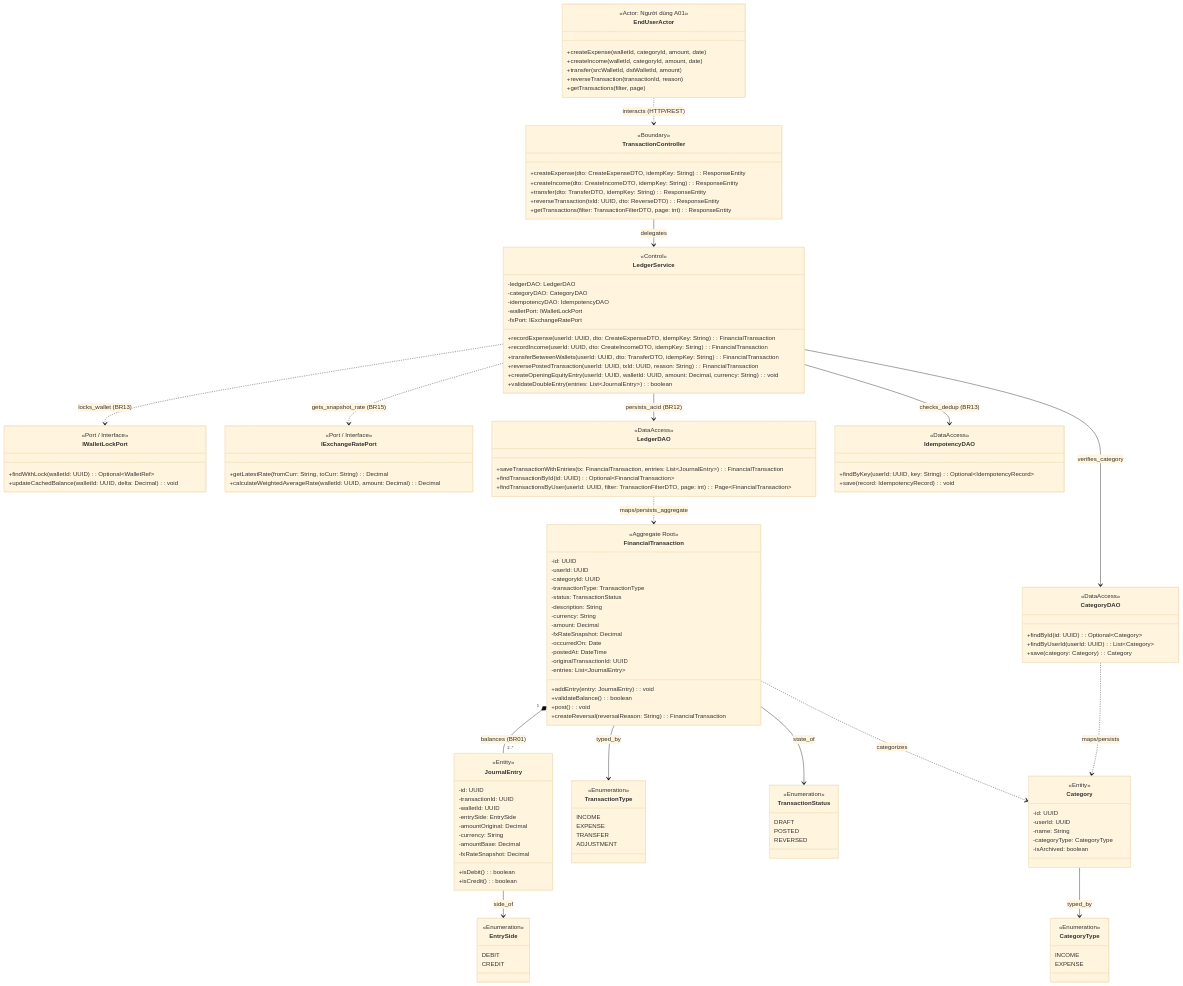
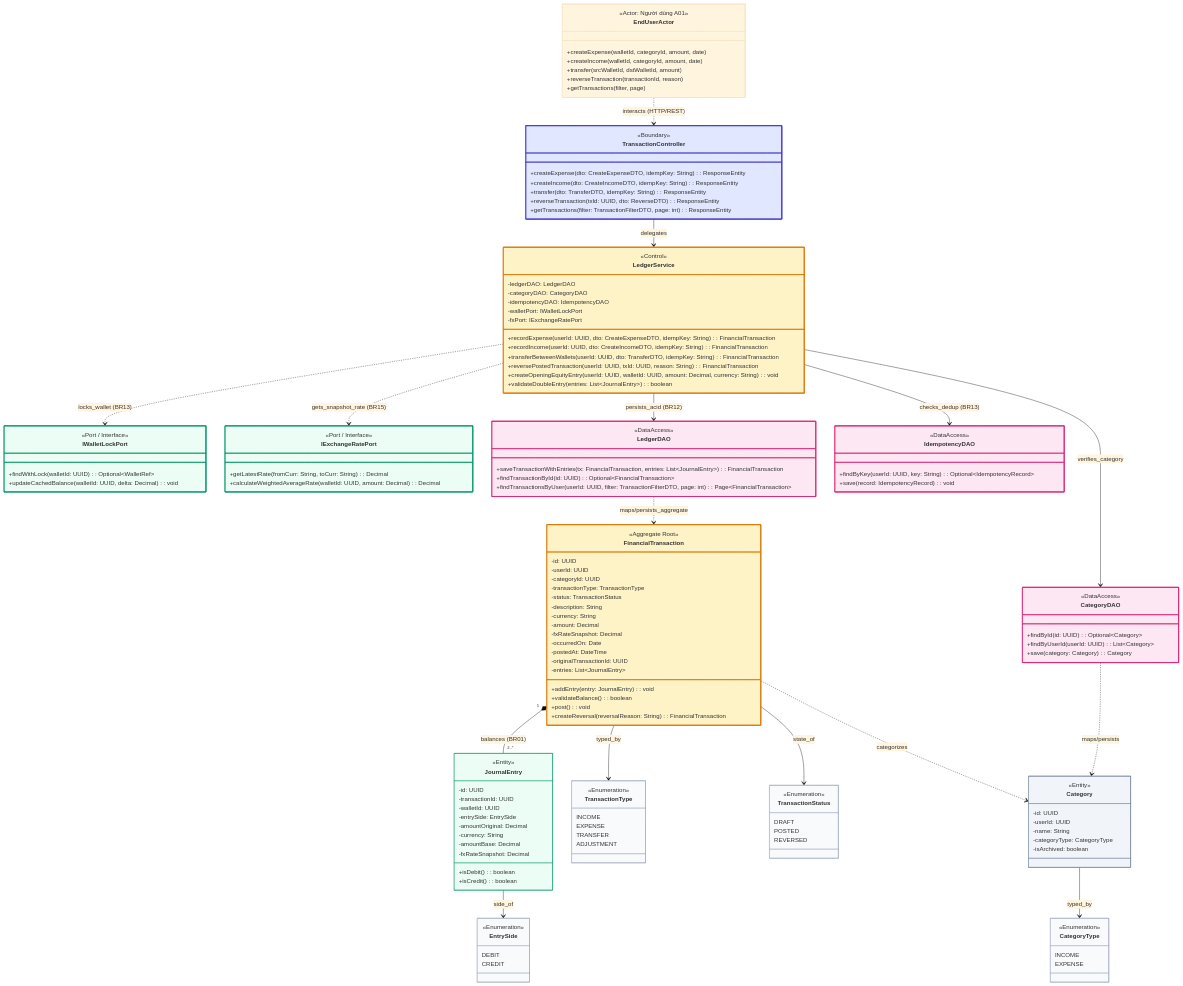
Before and after one commit to huytothevoz/SE---Microfinance-Personal-Wealth-Expense-Tracker: the diagram in docs/02_elaboration/uml_modeling/class_diagram/sources/cd03_double_entry_ledger.mmd, drawn with Mermaid (base theme). The commit also changed 9 other files, not shown here.

Commit message:
docs(uml): apply uniform BCE+D color palette and styles to CD01-CD05

```diff
--- a/docs/02_elaboration/uml_modeling/class_diagram/sources/cd03_double_entry_ledger.mmd
+++ b/docs/02_elaboration/uml_modeling/class_diagram/sources/cd03_double_entry_ledger.mmd
@@ -1,179 +1,198 @@
 classDiagram
     direction TB
 
     %% ==========================================
     %% ACTORS (Tác nhân tương tác)
     %% ==========================================
     class EndUserActor {
         <<Actor: Người dùng A01>>
         +createExpense(walletId, categoryId, amount, date)
         +createIncome(walletId, categoryId, amount, date)
         +transfer(srcWalletId, dstWalletId, amount)
         +reverseTransaction(transactionId, reason)
         +getTransactions(filter, page)
     }
 
     %% ==========================================
     %% BOUNDARY LAYER (Controllers)
     %% ==========================================
     class TransactionController {
         <<Boundary>>
         +createExpense(dto: CreateExpenseDTO, idempKey: String): ResponseEntity
         +createIncome(dto: CreateIncomeDTO, idempKey: String): ResponseEntity
         +transfer(dto: TransferDTO, idempKey: String): ResponseEntity
         +reverseTransaction(txId: UUID, dto: ReverseDTO): ResponseEntity
         +getTransactions(filter: TransactionFilterDTO, page: int): ResponseEntity
     }
 
     %% ==========================================
     %% CONTROL LAYER (Services & Ports)
     %% ==========================================
     class LedgerService {
         <<Control>>
         -ledgerDAO: LedgerDAO
         -categoryDAO: CategoryDAO
         -idempotencyDAO: IdempotencyDAO
         -walletPort: IWalletLockPort
         -fxPort: IExchangeRatePort
         +recordExpense(userId: UUID, dto: CreateExpenseDTO, idempKey: String): FinancialTransaction
         +recordIncome(userId: UUID, dto: CreateIncomeDTO, idempKey: String): FinancialTransaction
         +transferBetweenWallets(userId: UUID, dto: TransferDTO, idempKey: String): FinancialTransaction
         +reversePostedTransaction(userId: UUID, txId: UUID, reason: String): FinancialTransaction
         +createOpeningEquityEntry(userId: UUID, walletId: UUID, amount: Decimal, currency: String): void
         +validateDoubleEntry(entries: List~JournalEntry~): boolean
     }
 
     class IWalletLockPort {
         <<Port / Interface>>
         +findWithLock(walletId: UUID): Optional~WalletRef~
         +updateCachedBalance(walletId: UUID, delta: Decimal): void
     }
 
     class IExchangeRatePort {
         <<Port / Interface>>
         +getLatestRate(fromCurr: String, toCurr: String): Decimal
         +calculateWeightedAverageRate(walletId: UUID, amount: Decimal): Decimal
     }
 
     %% ==========================================
     %% DATA ACCESS LAYER (DAOs)
     %% ==========================================
     class LedgerDAO {
         <<DataAccess>>
         +saveTransactionWithEntries(tx: FinancialTransaction, entries: List~JournalEntry~): FinancialTransaction
         +findTransactionById(id: UUID): Optional~FinancialTransaction~
         +findTransactionsByUser(userId: UUID, filter: TransactionFilterDTO, page: int): Page~FinancialTransaction~
     }
 
     class CategoryDAO {
         <<DataAccess>>
         +findById(id: UUID): Optional~Category~
         +findByUserId(userId: UUID): List~Category~
         +save(category: Category): Category
     }
 
     class IdempotencyDAO {
         <<DataAccess>>
         +findByKey(userId: UUID, key: String): Optional~IdempotencyRecord~
         +save(record: IdempotencyRecord): void
     }
 
     %% ==========================================
     %% DOMAIN ENTITIES & ENUMS
     %% ==========================================
     class Category {
         <<Entity>>
         -id: UUID
         -userId: UUID
         -name: String
         -categoryType: CategoryType
         -isArchived: boolean
     }
 
     class CategoryType {
         <<Enumeration>>
         INCOME
         EXPENSE
     }
 
     class FinancialTransaction {
         <<Aggregate Root>>
         -id: UUID
         -userId: UUID
         -categoryId: UUID
         -transactionType: TransactionType
         -status: TransactionStatus
         -description: String
         -currency: String
         -amount: Decimal
         -fxRateSnapshot: Decimal
         -occurredOn: Date
         -postedAt: DateTime
         -originalTransactionId: UUID
         -entries: List~JournalEntry~
         +addEntry(entry: JournalEntry): void
         +validateBalance(): boolean
         +post(): void
         +createReversal(reversalReason: String): FinancialTransaction
     }
 
     class TransactionType {
         <<Enumeration>>
         INCOME
         EXPENSE
         TRANSFER
         ADJUSTMENT
     }
 
     class TransactionStatus {
         <<Enumeration>>
         DRAFT
         POSTED
         REVERSED
     }
 
     class JournalEntry {
         <<Entity>>
         -id: UUID
         -transactionId: UUID
         -walletId: UUID
         -entrySide: EntrySide
         -amountOriginal: Decimal
         -currency: String
         -amountBase: Decimal
         -fxRateSnapshot: Decimal
         +isDebit(): boolean
         +isCredit(): boolean
     }
 
     class EntrySide {
         <<Enumeration>>
         DEBIT
         CREDIT
     }
 
     %% ==========================================
     %% RELATIONSHIPS & INTERACTIONS
     %% ==========================================
     %% Central Spine: Actor -> Controller -> Service -> DAO -> Aggregate Root -> Child
     EndUserActor ..> TransactionController : interacts (HTTP/REST)
     TransactionController --> LedgerService : delegates
     LedgerService --> LedgerDAO : persists_acid (BR12)
     LedgerDAO ..> FinancialTransaction : maps/persists_aggregate
     FinancialTransaction "1" *-- "2..*" JournalEntry : balances (BR01)
     JournalEntry --> EntrySide : side_of
 
     %% Left Ports (Wallet & FX)
     LedgerService ..> IWalletLockPort : locks_wallet (BR13)
     LedgerService ..> IExchangeRatePort : gets_snapshot_rate (BR15)
 
     %% Right Branch (Idempotency & Category Hierarchy)
     LedgerService --> IdempotencyDAO : checks_dedup (BR13)
     LedgerService --> CategoryDAO : verifies_category
     CategoryDAO ..> Category : maps/persists
     Category --> CategoryType : typed_by
 
     %% Enums and Association
     FinancialTransaction ..> Category : categorizes
     FinancialTransaction --> TransactionType : typed_by
     FinancialTransaction --> TransactionStatus : state_of
+
+    %% ==========================================
+    %% STYLES & HIGHLIGHTS (BCE+D Color Palette)
+    %% ==========================================
+    style TransactionController fill:#E0E7FF,stroke:#4338CA,stroke-width:2px
+    style LedgerService fill:#FEF3C7,stroke:#D97706,stroke-width:2px
+    style IWalletLockPort fill:#ECFDF5,stroke:#059669,stroke-width:2px
+    style IExchangeRatePort fill:#ECFDF5,stroke:#059669,stroke-width:2px
+    style LedgerDAO fill:#FCE7F3,stroke:#DB2777,stroke-width:2px
+    style CategoryDAO fill:#FCE7F3,stroke:#DB2777,stroke-width:2px
+    style IdempotencyDAO fill:#FCE7F3,stroke:#DB2777,stroke-width:2px
+    style FinancialTransaction fill:#FEF3C7,stroke:#D97706,stroke-width:2px
+    style JournalEntry fill:#ECFDF5,stroke:#059669,stroke-width:1px
+    style Category fill:#F1F5F9,stroke:#64748B,stroke-width:1px
+    style ExchangeRateSnapshotVO fill:#F1F5F9,stroke:#64748B,stroke-width:1px
+    style TransactionType fill:#F8FAFC,stroke:#94A3B8,stroke-width:1px
+    style TransactionStatus fill:#F8FAFC,stroke:#94A3B8,stroke-width:1px
+    style CategoryType fill:#F8FAFC,stroke:#94A3B8,stroke-width:1px
+    style EntrySide fill:#F8FAFC,stroke:#94A3B8,stroke-width:1px
```
